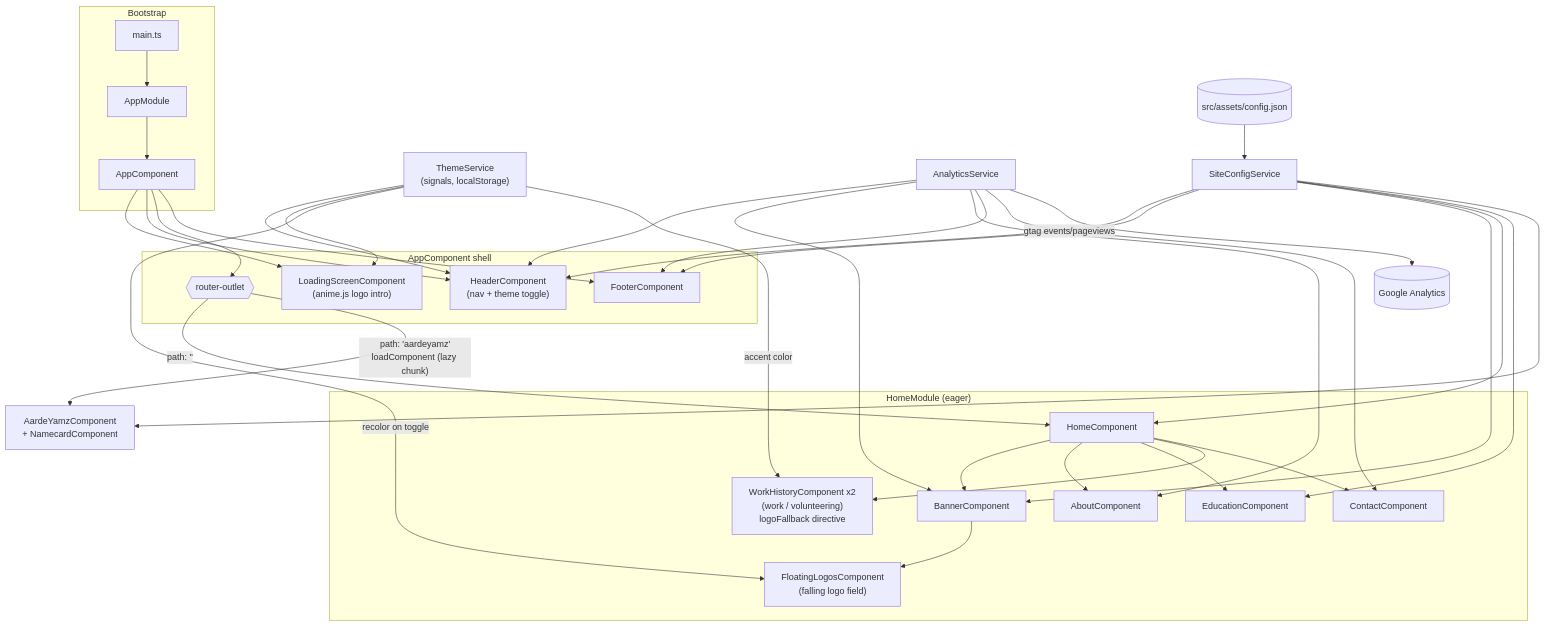
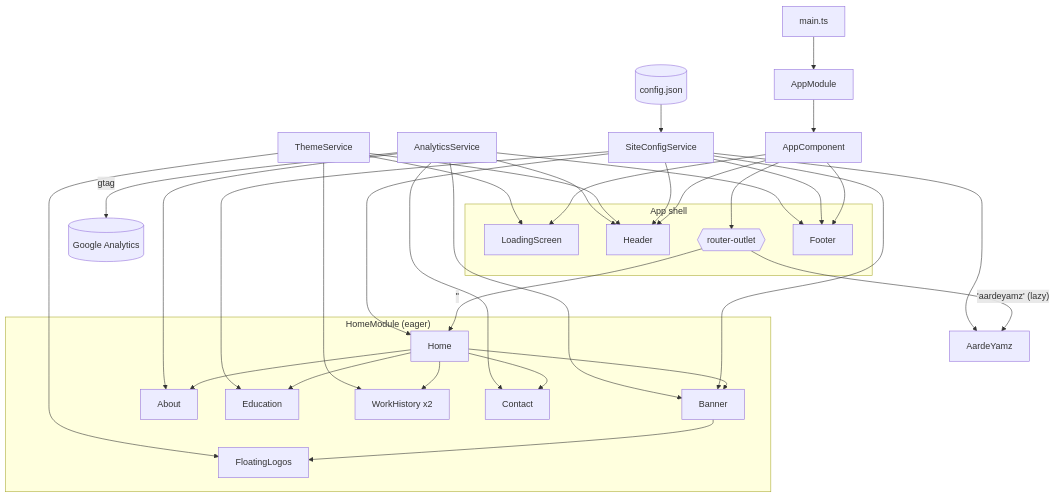
The first of 3 diagrams in README.md (AardeYamz/v3.yannislam.org), drawn with Mermaid before and after one commit. The commit also changed other lines of this file, not shown here.

First line of the commit message:
Simplify README mermaid diagrams and move detail into tables

````diff
--- a/README.md
+++ b/README.md
@@ -82,46 +82,28 @@
 ```mermaid
 flowchart TB
-    subgraph Bootstrap
-        Main["main.ts"] --> AppModule
-        AppModule --> AppComponent
+    Main["main.ts"] --> AppModule --> App["AppComponent"]
+
+    subgraph Shell["App shell"]
+        Loading["LoadingScreen"]
+        Header
+        Outlet{{"router-outlet"}}
+        Footer
+    end
+    App --> Loading & Header & Outlet & Footer
+
+    Outlet -->|"''"| Home
+    Outlet -->|"'aardeyamz' (lazy)"| AardeYamz
+
+    subgraph HomeModule["HomeModule (eager)"]
+        Home --> Banner & About & Education & Work["WorkHistory x2"] & Contact
+        Banner --> Floating["FloatingLogos"]
     end
 
-    subgraph "AppComponent shell"
-        AppComponent --> LoadingScreen["LoadingScreenComponent<br/>(anime.js logo intro)"]
-        AppComponent --> Header["HeaderComponent<br/>(nav + theme toggle)"]
-        AppComponent --> Outlet{{"router-outlet"}}
-        AppComponent --> Footer["FooterComponent"]
-    end
+    Config[("config.json")] --> SiteConfig["SiteConfigService"]
+    SiteConfig --> Header & Footer & Banner & Home & Education & AardeYamz
 
-    Outlet -->|"path: ''"| Home["HomeComponent"]
-    Outlet -->|"path: 'aardeyamz'<br/>loadComponent (lazy chunk)"| AardeYamz["AardeYamzComponent<br/>+ NamecardComponent"]
+    Theme["ThemeService"] --> Header & Loading & Floating & Work
 
-    subgraph "HomeModule (eager)"
-        Home --> Banner["BannerComponent"]
-        Banner --> FloatingLogos["FloatingLogosComponent<br/>(falling logo field)"]
-        Home --> About["AboutComponent"]
-        Home --> Education["EducationComponent"]
-        Home --> WorkHistory["WorkHistoryComponent x2<br/>(work / volunteering)<br/>logoFallback directive"]
-        Home --> Contact["ContactComponent"]
-    end
-
-    Config[("src/assets/config.json")] --> SiteConfigService
-    SiteConfigService --> Header
-    SiteConfigService --> Footer
-    SiteConfigService --> Banner
-    SiteConfigService --> Home
-    SiteConfigService --> Education
-    SiteConfigService --> AardeYamz
-
-    ThemeService["ThemeService<br/>(signals, localStorage)"] --> Header
-    ThemeService --> LoadingScreen
-    ThemeService -->|"recolor on toggle"| FloatingLogos
-    ThemeService -->|"accent color"| WorkHistory
-
-    AnalyticsService --> Header
-    AnalyticsService --> Banner
-    AnalyticsService --> About
-    AnalyticsService --> Footer
-    AnalyticsService --> Contact
-    AnalyticsService -->|"gtag events/pageviews"| GA[("Google Analytics")]
+    Analytics["AnalyticsService"] --> Header & Banner & About & Footer & Contact
+    Analytics -->|"gtag"| GA[("Google Analytics")]
 ```
````
